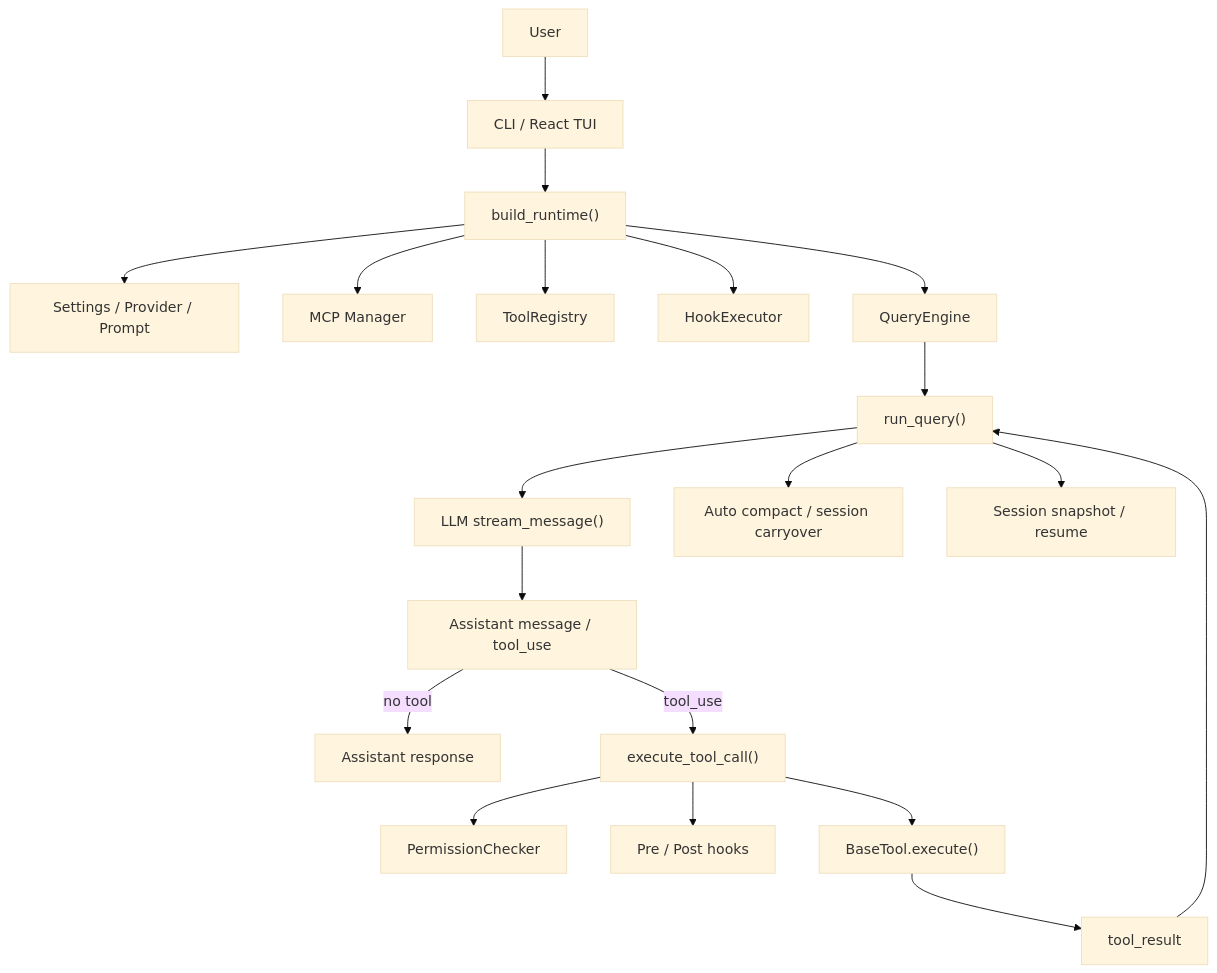
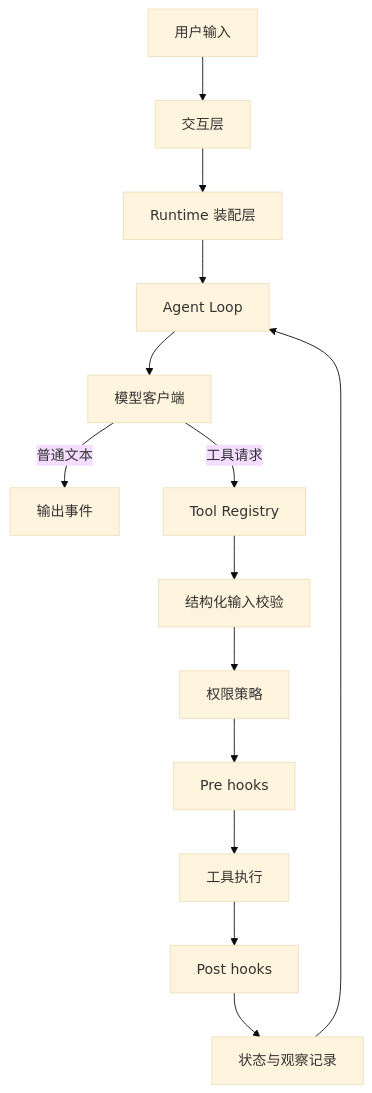
Before and after one commit to yogogml0035-cpu/OpenHarness: the first of 4 diagrams in Study/agent_harness_architecture_reuse_playbook.md, drawn with Mermaid (base theme). The commit also changed other lines of this file, not shown here.

````diff
--- a/Study/agent_harness_architecture_reuse_playbook.md
+++ b/Study/agent_harness_architecture_reuse_playbook.md
@@ -49,24 +79,16 @@
 ```mermaid
 flowchart TD
-    U["User"] --> CLI["CLI / React TUI"]
-    CLI --> RT["build_runtime()"]
-    RT --> CFG["Settings / Provider / Prompt"]
-    RT --> MCP["MCP Manager"]
-    RT --> TOOLS["ToolRegistry"]
-    RT --> HOOKS["HookExecutor"]
-    RT --> ENGINE["QueryEngine"]
-
-    ENGINE --> LOOP["run_query()"]
-    LOOP --> MODEL["LLM stream_message()"]
-    MODEL --> MSG["Assistant message / tool_use"]
-    MSG -->|no tool| OUT["Assistant response"]
-    MSG -->|tool_use| EXEC["execute_tool_call()"]
-    EXEC --> PERM["PermissionChecker"]
-    EXEC --> HOOK["Pre / Post hooks"]
-    EXEC --> TOOL["BaseTool.execute()"]
-    TOOL --> TR["tool_result"]
-    TR --> LOOP
-
-    LOOP --> COMPACT["Auto compact / session carryover"]
-    LOOP --> SAVE["Session snapshot / resume"]
+    U["用户输入"] --> I["交互层"]
+    I --> R["Runtime 装配层"]
+    R --> E["Agent Loop"]
+    E --> M["模型客户端"]
+    M -->|普通文本| O["输出事件"]
+    M -->|工具请求| T["Tool Registry"]
+    T --> V["结构化输入校验"]
+    V --> P["权限策略"]
+    P --> H1["Pre hooks"]
+    H1 --> X["工具执行"]
+    X --> H2["Post hooks"]
+    H2 --> S["状态与观察记录"]
+    S --> E
 ```
````
